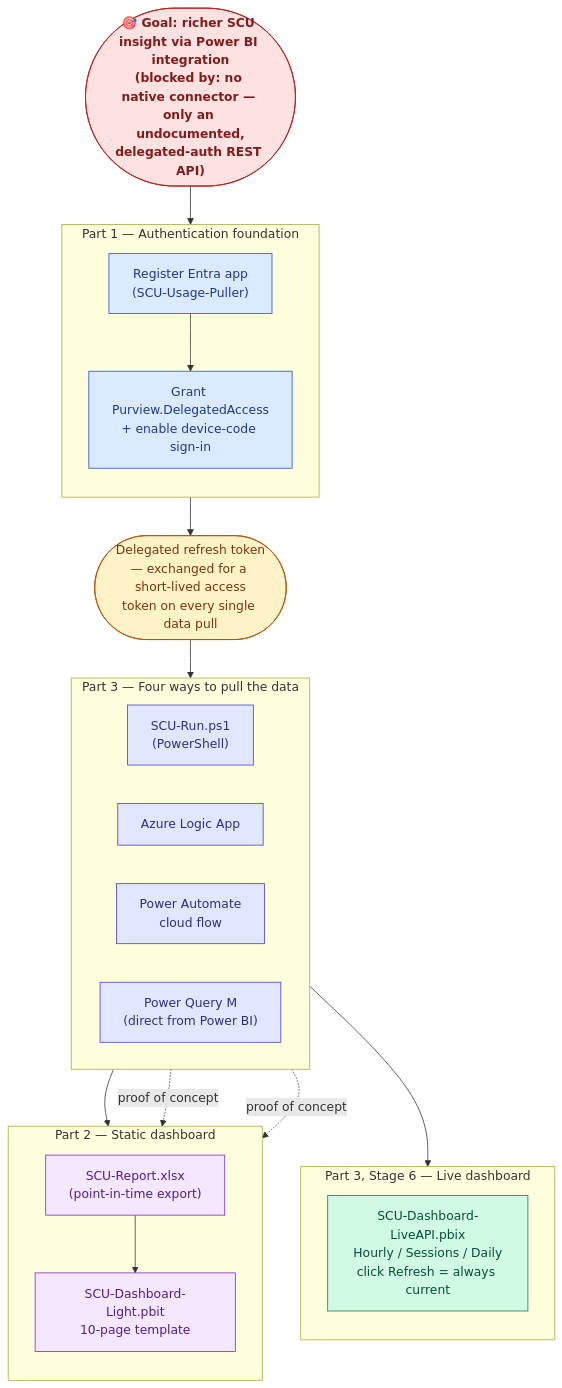
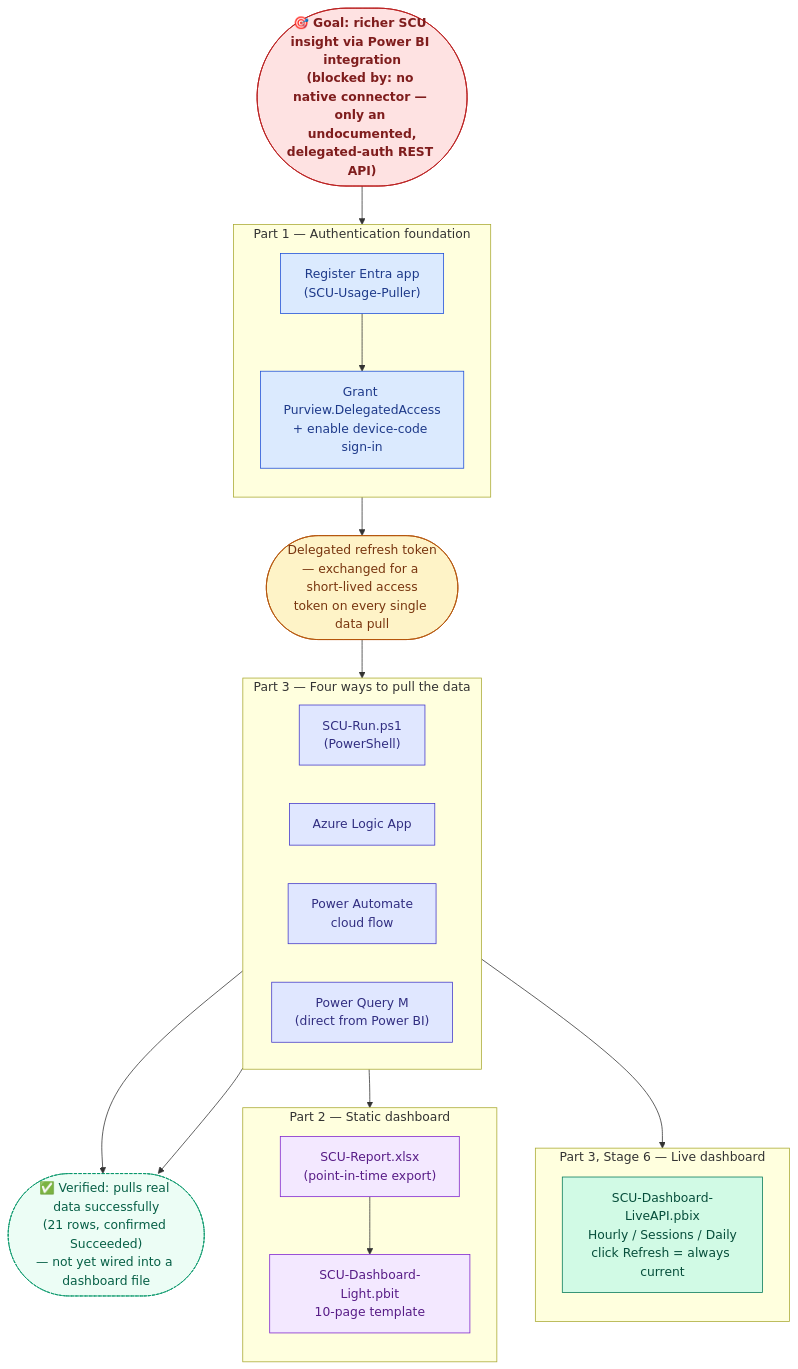
One commit to Muatazawad2/SCU-Module-Manual-Deployment changed the diagram in README.md. Above: the diagram before and after it, drawn with Mermaid. The commit also changed other lines of this file, not shown here.

Commit message:
Fix diagram to not imply Logic App/Power Automate feed a dashboard
They don't (yet) - both were verified to pull real data successfully
(21 rows, confirmed Succeeded via CLI/REST) but that data was never
actually loaded into a Power BI file in this repo's work, unlike
SCU-Run.ps1 (feeds the Part 2 static dashboard) and Power Query (feeds
the Part 3 Stage 6 live dashboard). The old dotted 'proof of concept'
arrows into the same Static dashboard box implied otherwise; they now
point to a distinct 'verified pull, not yet wired to a dashboard' node.

````diff
--- a/README.md
+++ b/README.md
@@ -15,52 +15,56 @@
 ```mermaid
 flowchart TD
     Problem(["🎯 Goal: richer SCU insight via Power BI integration\n(blocked by: no native connector — only an undocumented,\ndelegated-auth REST API)"])
 
     Problem --> Auth
 
     subgraph Auth["Part 1 — Authentication foundation"]
         direction TB
         A1["Register Entra app\n(SCU-Usage-Puller)"] --> A2["Grant Purview.DelegatedAccess\n+ enable device-code sign-in"]
     end
 
     Auth --> Token(["Delegated refresh token\n— exchanged for a short-lived access\ntoken on every single data pull"])
 
     Token --> Pull
 
     subgraph Pull["Part 3 — Four ways to pull the data"]
         direction LR
         P1["SCU-Run.ps1\n(PowerShell)"]
         P2["Azure Logic App"]
         P3["Power Automate\ncloud flow"]
         P4["Power Query M\n(direct from Power BI)"]
     end
 
     P1 --> Static
-    P2 -. proof of concept .-> Static
-    P3 -. proof of concept .-> Static
+    P2 --> Verified
+    P3 --> Verified
     P4 --> Live
+
+    Verified(["✅ Verified: pulls real data successfully\n(21 rows, confirmed Succeeded)\n— not yet wired into a dashboard file"])
 
     subgraph Static["Part 2 — Static dashboard"]
         direction TB
         S1["SCU-Report.xlsx\n(point-in-time export)"] --> S2["SCU-Dashboard-Light.pbit\n10-page template"]
     end
 
     subgraph Live["Part 3, Stage 6 — Live dashboard"]
         direction TB
         L1["SCU-Dashboard-LiveAPI.pbix\nHourly / Sessions / Daily\nclick Refresh = always current"]
     end
 
     classDef problem fill:#FEE2E2,stroke:#B91C1C,color:#7F1D1D,font-weight:bold
     classDef part1 fill:#DBEAFE,stroke:#1D4ED8,color:#1E3A8A
     classDef token fill:#FEF3C7,stroke:#B45309,color:#78350F
     classDef pull fill:#E0E7FF,stroke:#4338CA,color:#312E81
     classDef static fill:#F3E8FF,stroke:#7E22CE,color:#581C87
     classDef live fill:#D1FAE5,stroke:#047857,color:#064E3B
+    classDef verified fill:#ECFDF5,stroke:#059669,color:#065F46,stroke-dasharray: 4 2
 
     class Problem problem
     class A1,A2 part1
     class Token token
     class P1,P2,P3,P4 pull
+    class Verified verified
     class S1,S2 static
     class L1 live
 ```
````
